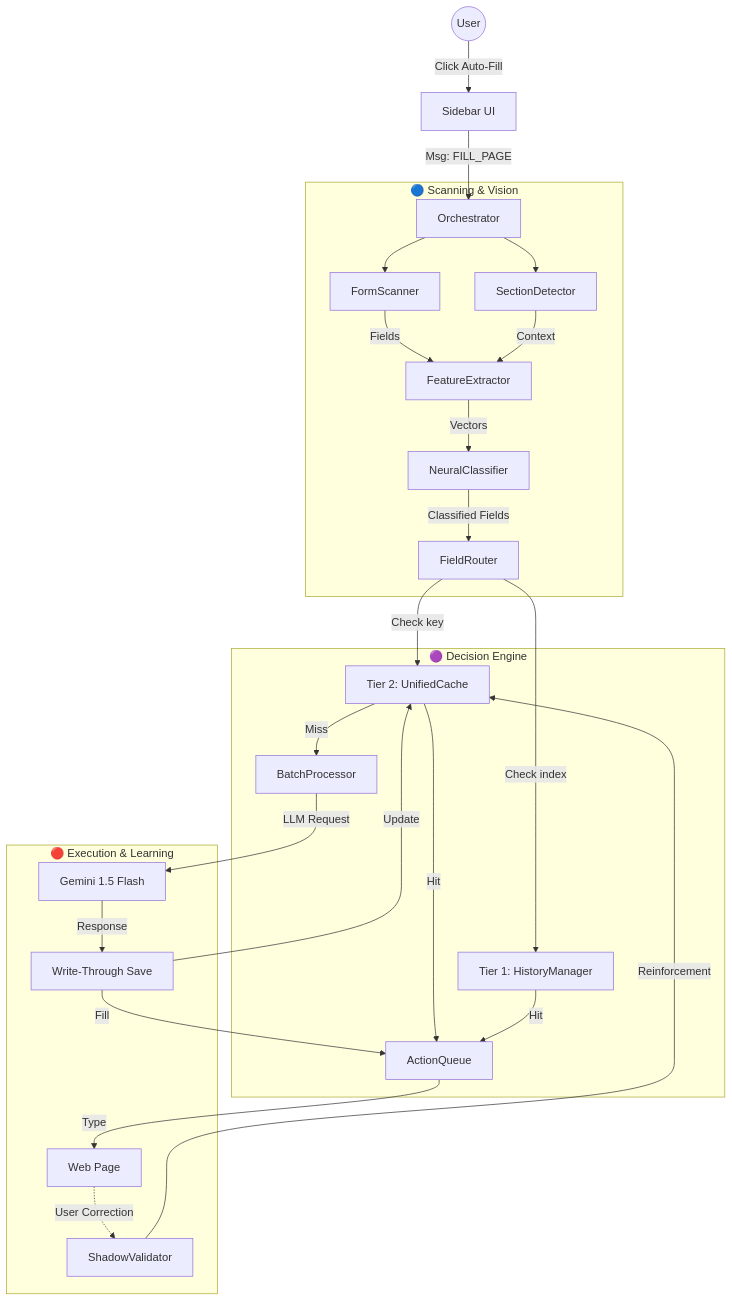
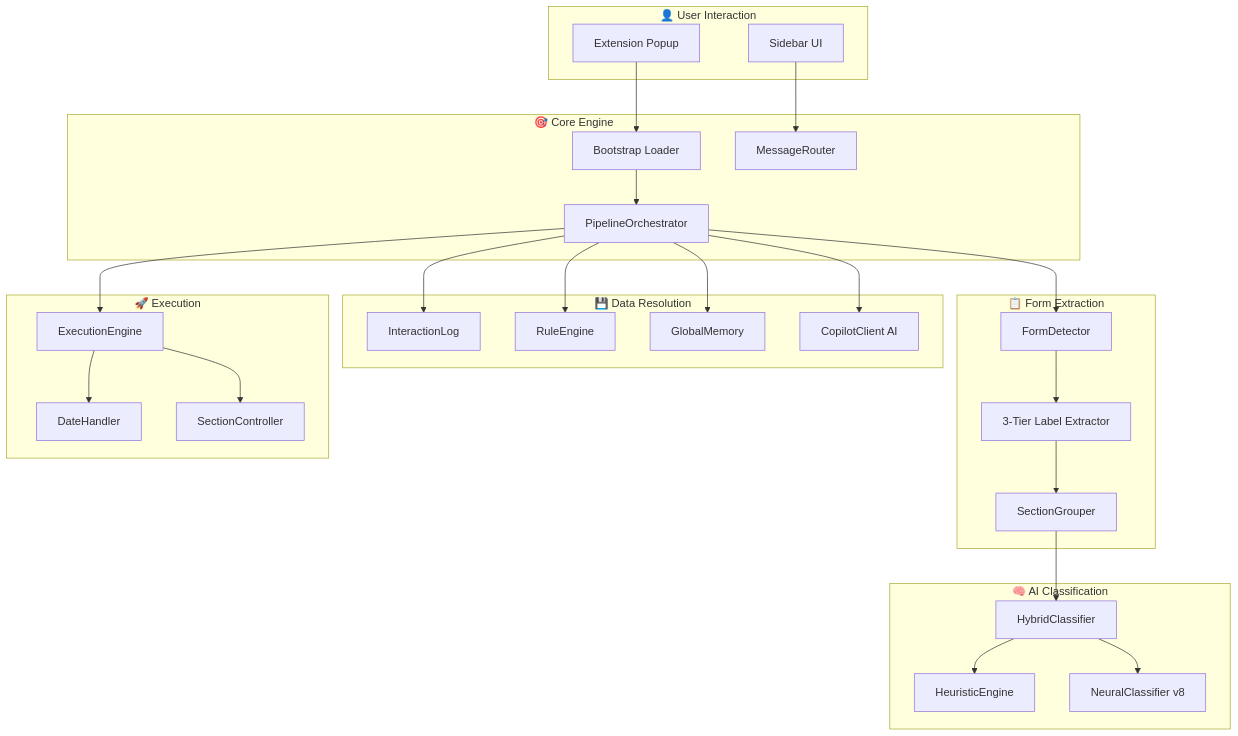
One commit to SmartHireX/smart-ai-job-apply changed the first of 2 diagrams in docs/architecture/ARCHITECTURE.md. Above: the diagram before and after it, drawn with Mermaid. The commit also changed other lines of this file and 3 other files, not shown here.

First line of the commit message:
Update documentation to reflect enterprise architecture v2.0

````diff
--- a/docs/architecture/ARCHITECTURE.md
+++ b/docs/architecture/ARCHITECTURE.md
@@ -31,33 +17,55 @@
 ```mermaid
-graph TD
-    User((User)) -->|Click Auto-Fill| Sidebar[Sidebar UI]
-    Sidebar -->|Msg: FILL_PAGE| Orch[Orchestrator]
-    
-    subgraph Scanning ["🔵 Scanning & Vision"]
-        Orch --> Scanner[FormScanner]
-        Orch --> Sections[SectionDetector]
-        Scanner -->|Fields| Feat[FeatureExtractor]
-        Sections -->|Context| Feat
-        Feat -->|Vectors| Neural[NeuralClassifier]
-        Neural -->|Classified Fields| Router[FieldRouter]
+graph TB
+    subgraph User ["👤 User Interaction"]
+        Popup[Extension Popup]
+        Sidebar[Sidebar UI]
     end
 
-    subgraph Decision ["🟣 Decision Engine"]
-        Router -->|Check key| Tier2[Tier 2: UnifiedCache]
-        Router -->|Check index| Tier1[Tier 1: HistoryManager]
-        Tier2 -->|Hit| Queue[ActionQueue]
-        Tier1 -->|Hit| Queue
-        Tier2 -->|Miss| Batch[BatchProcessor]
+    subgraph Core ["🎯 Core Engine"]
+        Bootstrap[Bootstrap Loader]
+        Pipeline[PipelineOrchestrator]
+        Router[MessageRouter]
     end
 
-    subgraph Execution ["🔴 Execution & Learning"]
-        Batch -->|LLM Request| Gemini[Gemini 1.5 Flash]
-        Gemini -->|Response| Save[Write-Through Save]
-        Save -->|Update| Tier2
-        Save -->|Fill| Queue
-        Queue -->|Type| DOM[Web Page]
-        
-        DOM -.->|User Correction| Shadow[ShadowValidator]
-        Shadow -->|Reinforcement| Tier2
+    subgraph Extraction ["📋 Form Extraction"]
+        FormDetector[FormDetector]
+        LabelExtractor[3-Tier Label Extractor]
+        SectionGrouper[SectionGrouper]
     end
+
+    subgraph Classification ["🧠 AI Classification"]
+        Hybrid[HybridClassifier]
+        Heuristic[HeuristicEngine]
+        Neural[NeuralClassifier v8]
+    end
+
+    subgraph Resolution ["💾 Data Resolution"]
+        InteractionLog[InteractionLog]
+        RuleEngine[RuleEngine]
+        GlobalMemory[GlobalMemory]
+        CopilotClient[CopilotClient AI]
+    end
+
+    subgraph Execution ["🚀 Execution"]
+        ExecutionEngine[ExecutionEngine]
+        DateHandler[DateHandler]
+        SectionController[SectionController]
+    end
+
+    Popup --> Bootstrap
+    Sidebar --> Router
+    Bootstrap --> Pipeline
+    Pipeline --> FormDetector
+    FormDetector --> LabelExtractor
+    LabelExtractor --> SectionGrouper
+    SectionGrouper --> Hybrid
+    Hybrid --> Heuristic
+    Hybrid --> Neural
+    Pipeline --> InteractionLog
+    Pipeline --> RuleEngine
+    Pipeline --> GlobalMemory
+    Pipeline --> CopilotClient
+    Pipeline --> ExecutionEngine
+    ExecutionEngine --> DateHandler
+    ExecutionEngine --> SectionController
 ```
````
